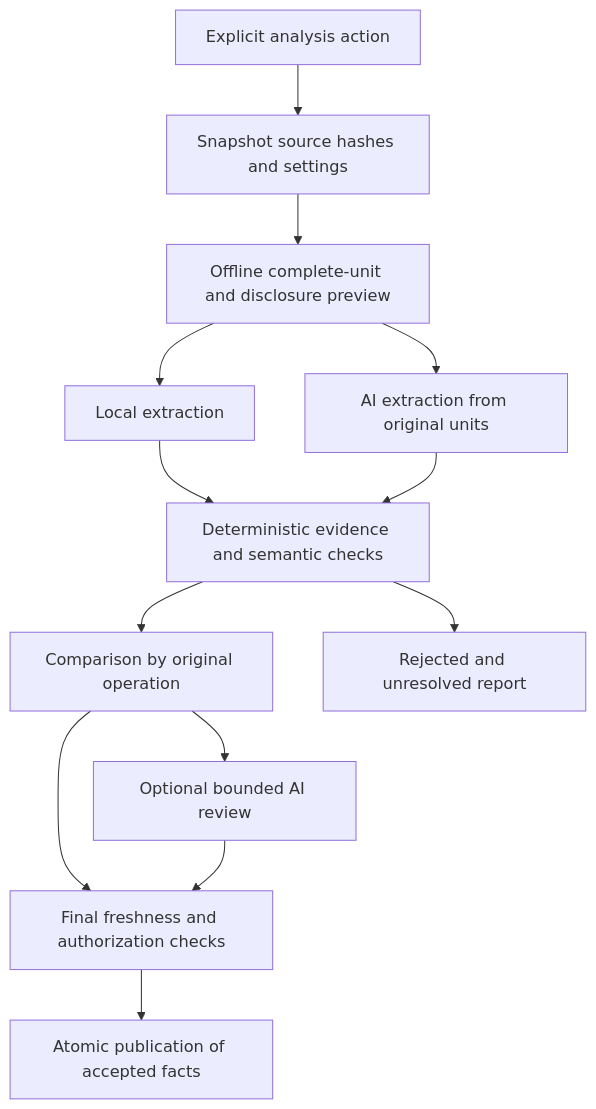
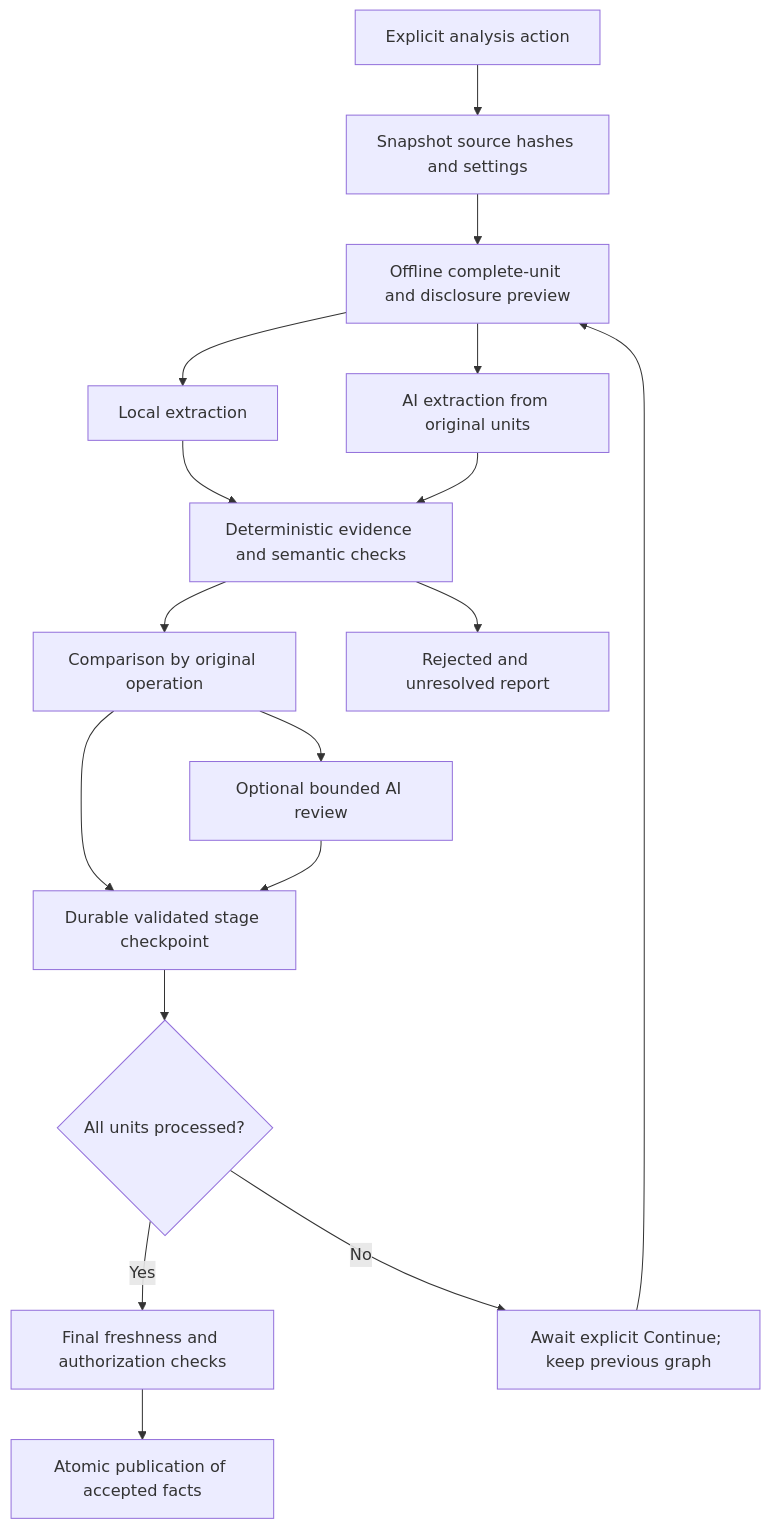
One commit to SahasilAK/GraveTrail changed the diagram in docs/AI_ANALYSIS.md. Above: the diagram before and after it, drawn with Mermaid. The commit also changed other lines of this file and 54 other files, not shown here.

````diff
--- a/docs/AI_ANALYSIS.md
+++ b/docs/AI_ANALYSIS.md
@@ -27,15 +27,20 @@
 ```mermaid
 flowchart TD
     A[Explicit analysis action] --> B[Snapshot source hashes and settings]
     B --> C[Offline complete-unit and disclosure preview]
     C --> D[Local extraction]
     C --> E[AI extraction from original units]
     D --> F[Deterministic evidence and semantic checks]
     E --> F
     F --> G[Comparison by original operation]
     G --> H[Optional bounded AI review]
-    G --> I[Final freshness and authorization checks]
-    H --> I
+    G --> L
+    I[Final freshness and authorization checks]
+    H --> L[Durable validated stage checkpoint]
+    L --> M{All units processed?}
+    M -->|No| N[Await explicit Continue; keep previous graph]
+    N --> C
+    M -->|Yes| I
     I --> J[Atomic publication of accepted facts]
     F --> K[Rejected and unresolved report]
 ```
````
